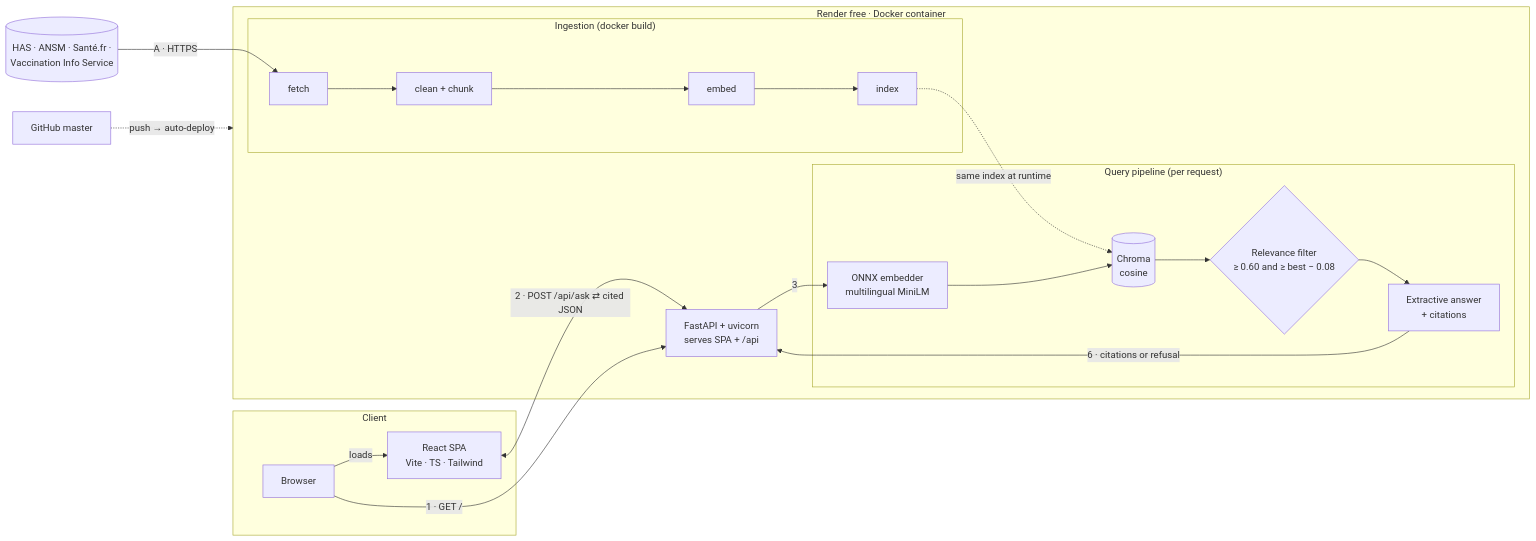
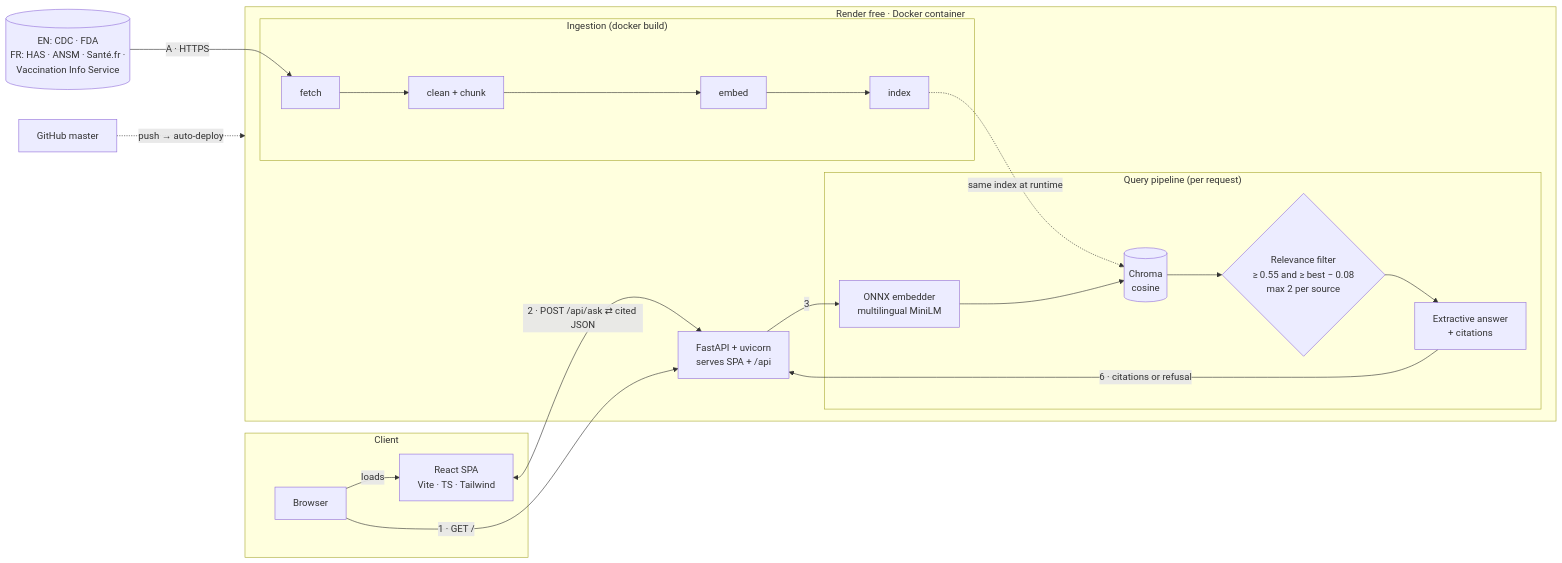
The first of 2 diagrams in README.md (MourabitElBachir/healthcare-rag), drawn with Mermaid before and after one commit. The commit also changed other lines of this file and 26 other files, not shown here.

Commit message:
Bilingual EN/FR corpus: 5 U.S. federal sources (CDC, FDA), English-first UI (browser language, EN/FR badges, source-language filter), per-source cap + MIN_SCORE 0.55, bilingual eval (EN/FR/cross-lingual), README English-first, diagrams updated

````diff
--- a/README.md
+++ b/README.md
@@ -191,22 +227,22 @@
 ```mermaid
 flowchart LR
   subgraph Client
     B[Browser] -->|loads| SPA[React SPA<br/>Vite · TS · Tailwind]
   end
   subgraph Render["Render free · Docker container"]
     API[FastAPI + uvicorn<br/>serves SPA + /api]
     subgraph Q["Query pipeline (per request)"]
-      E[ONNX embedder<br/>multilingual MiniLM] --> C[(Chroma<br/>cosine)] --> F{Relevance filter<br/>≥ 0.60 and ≥ best − 0.08} --> X[Extractive answer<br/>+ citations]
+      E[ONNX embedder<br/>multilingual MiniLM] --> C[(Chroma<br/>cosine)] --> F{Relevance filter<br/>≥ 0.55 and ≥ best − 0.08<br/>max 2 per source} --> X[Extractive answer<br/>+ citations]
     end
     subgraph I["Ingestion (docker build)"]
       FE[fetch] --> CC[clean + chunk] --> EM[embed] --> IX[index]
     end
   end
-  S[(HAS · ANSM · Santé.fr ·<br/>Vaccination Info Service)] -->|A · HTTPS| FE
+  S[(EN: CDC · FDA<br/>FR: HAS · ANSM · Santé.fr ·<br/>Vaccination Info Service)] -->|A · HTTPS| FE
   IX -.->|same index at runtime| C
   B -->|1 · GET /| API
   SPA <-->|2 · POST /api/ask ⇄ cited JSON| API
   API -->|3| E
   X -->|6 · citations or refusal| API
   GH[GitHub master] -.->|push → auto-deploy| Render
 ```
````
